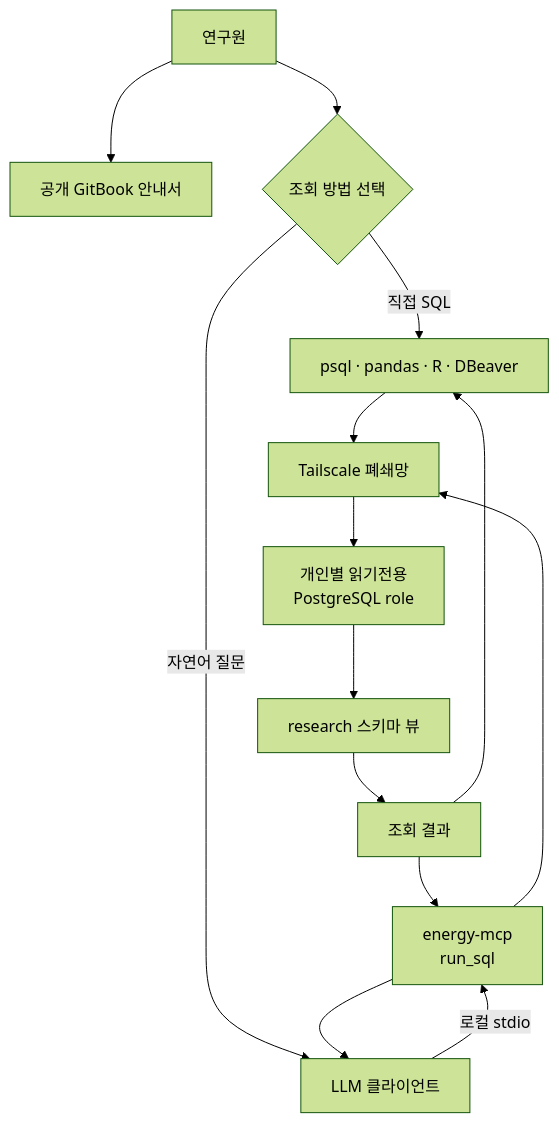
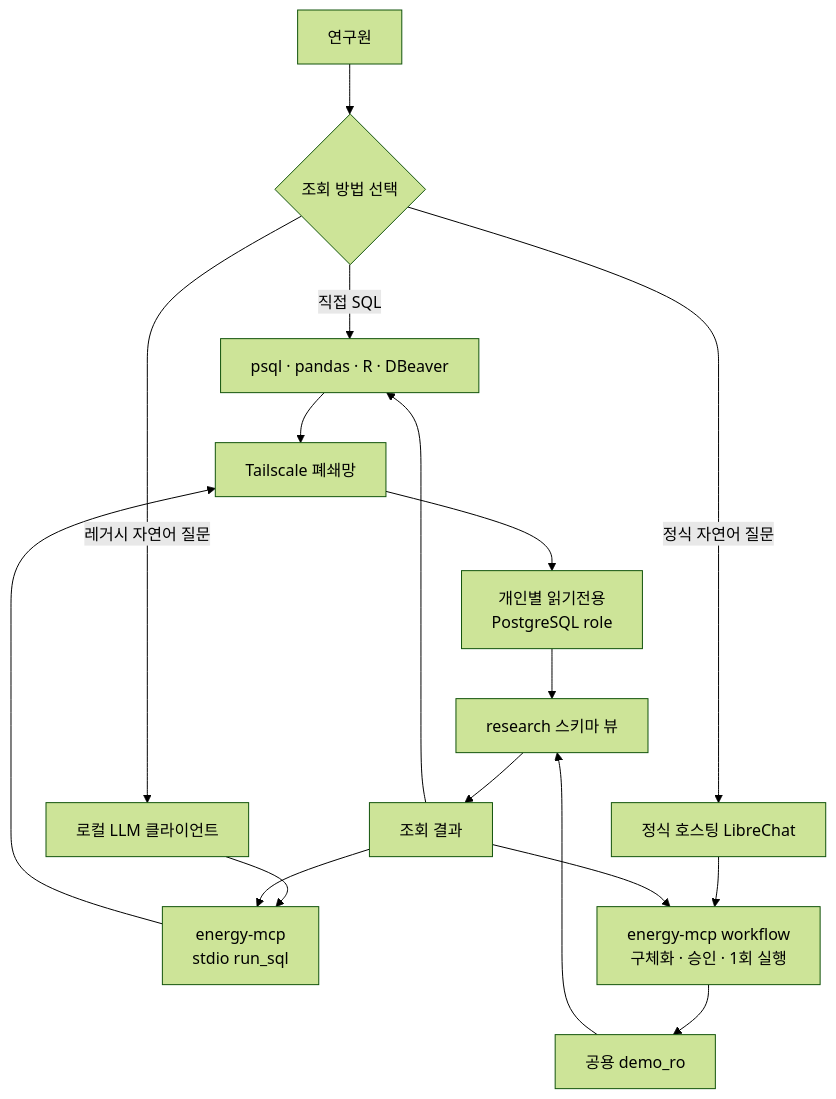
Before and after one commit to zongseung/Energy-Data-pipeline: the diagram in docs/gitbook/01-architecture.md, drawn with Mermaid (forest theme). The commit also changed other lines of this file and 19 other files, not shown here.

Commit message:
fix(llm): 정식 승인 workflow 운영 차단점 해소

````diff
--- a/docs/gitbook/01-architecture.md
+++ b/docs/gitbook/01-architecture.md
@@ -7,19 +8,23 @@
 ```mermaid
 flowchart TB
-    U[연구원] --> G[공개 GitBook 안내서]
-    U --> C{조회 방법 선택}
+    U[연구원] --> C{조회 방법 선택}
 
     C -->|직접 SQL| D[psql · pandas · R · DBeaver]
-    C -->|자연어 질문| L[LLM 클라이언트]
-    L -->|로컬 stdio| M["energy-mcp<br/>run_sql"]
+    C -->|정식 자연어 질문| L[정식 호스팅 LibreChat]
+    C -->|레거시 자연어 질문| X[로컬 LLM 클라이언트]
 
     D --> T[Tailscale 폐쇄망]
+    X --> M["energy-mcp<br/>stdio run_sql"]
     M --> T
-    T --> A["개인별 읽기전용<br/>PostgreSQL role"]
-    A --> V[research 스키마 뷰]
+    T --> P["개인별 읽기전용<br/>PostgreSQL role"]
 
+    L --> W["energy-mcp workflow<br/>구체화 · 승인 · 1회 실행"]
+    W --> G[공용 demo_ro]
+
+    P --> V[research 스키마 뷰]
+    G --> V
     V --> R[조회 결과]
     R --> D
     R --> M
-    M --> L
+    R --> W
 ```
````
